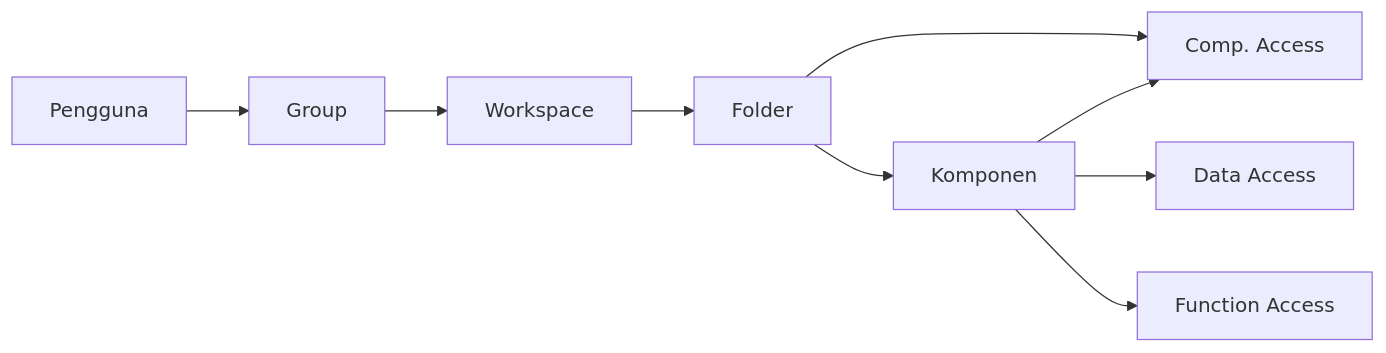
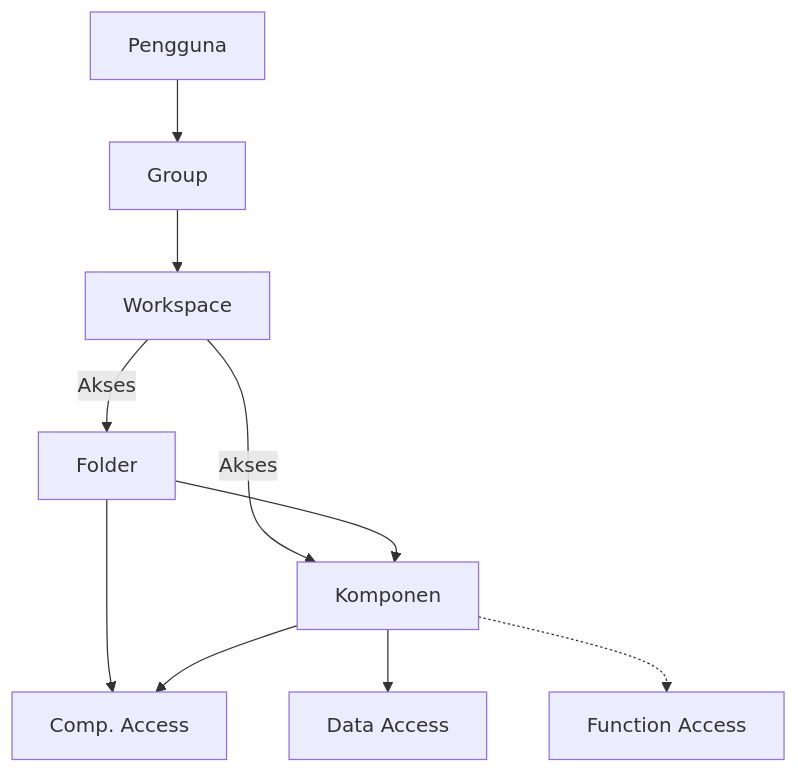
One commit to ginalne/phoenix-docs changed the diagram in Docs/Modul Developer/Workspace/Apa itu Workspace.md. Above: the diagram before and after it, drawn with Mermaid. The commit also changed other lines of this file and 5 other files, not shown here.

````diff
--- a/Docs/Modul Developer/Workspace/Apa itu Workspace.md
+++ b/Docs/Modul Developer/Workspace/Apa itu Workspace.md
@@ -34,11 +47,12 @@
 ```mermaid
-flowchart LR
+flowchart TD
     U[Pengguna] --> G[Group]
+    W --> |Akses| F[Folder]
     G --> W[Workspace]
-    W --> F[Folder]
+    W --> |Akses| K[Komponen]
     F --> K[Komponen]
     F --> C[Comp. Access]
     K --> C
     K --> D[Data Access]
-    K --> FN[Function Access]
+    K -.-> FN[Function Access]
 ```
````
